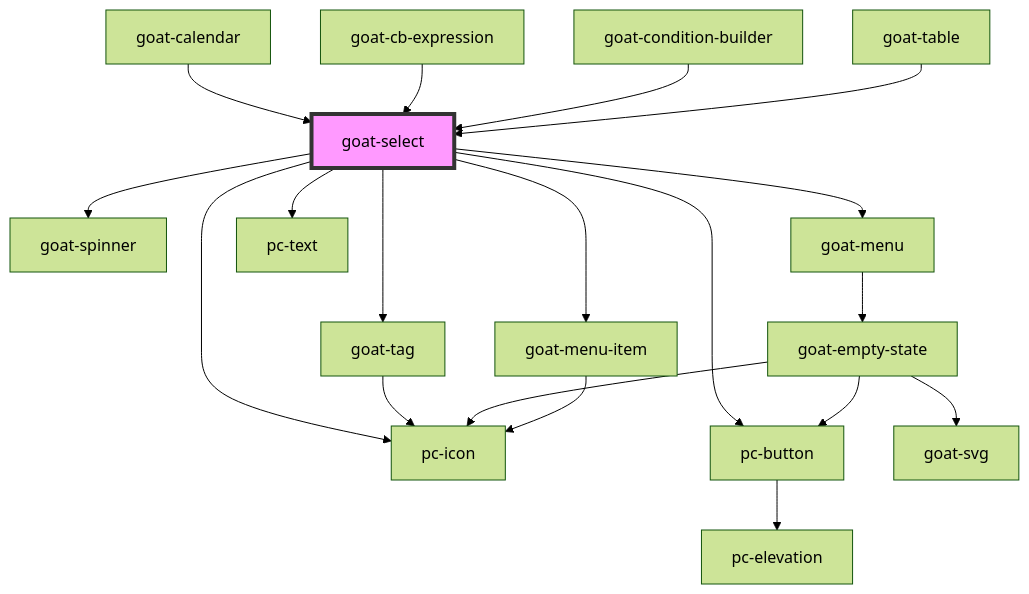
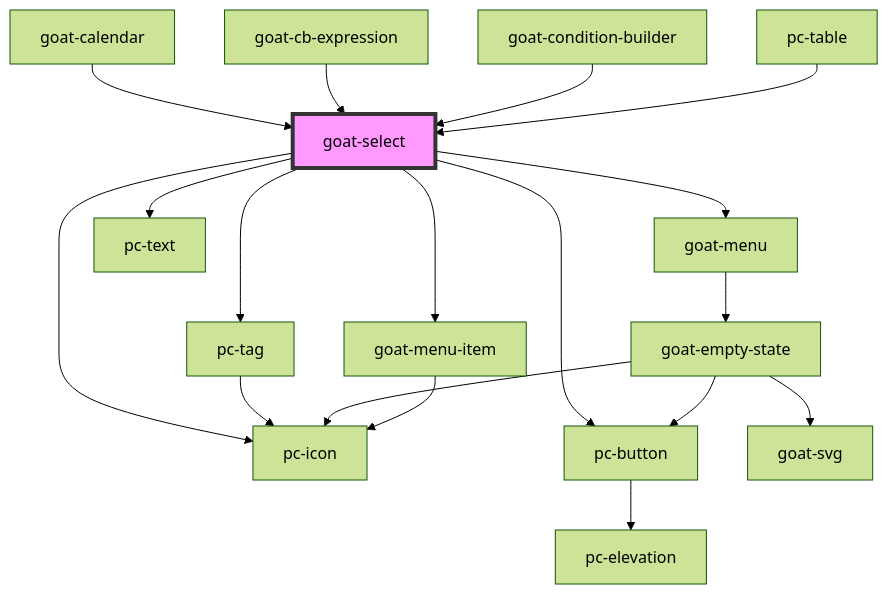
Before and after one commit to redvars/peacock: the diagram in src/components/input-controls/select/readme.md, drawn with Mermaid (forest theme). The commit also changed other lines of this file and 127 other files, not shown here.

````diff
--- a/src/components/input-controls/select/readme.md
+++ b/src/components/input-controls/select/readme.md
@@ -114,22 +113,21 @@
 ```mermaid
 graph TD;
   goat-select --> pc-icon
-  goat-select --> goat-tag
+  goat-select --> pc-tag
   goat-select --> pc-button
-  goat-select --> goat-spinner
   goat-select --> goat-menu
   goat-select --> pc-text
   goat-select --> goat-menu-item
-  goat-tag --> pc-icon
+  pc-tag --> pc-icon
   pc-button --> pc-elevation
   goat-menu --> goat-empty-state
   goat-empty-state --> goat-svg
   goat-empty-state --> pc-button
   goat-empty-state --> pc-icon
   goat-menu-item --> pc-icon
   goat-calendar --> goat-select
   goat-cb-expression --> goat-select
   goat-condition-builder --> goat-select
-  goat-table --> goat-select
+  pc-table --> goat-select
   style goat-select fill:#f9f,stroke:#333,stroke-width:4px
 ```
````
